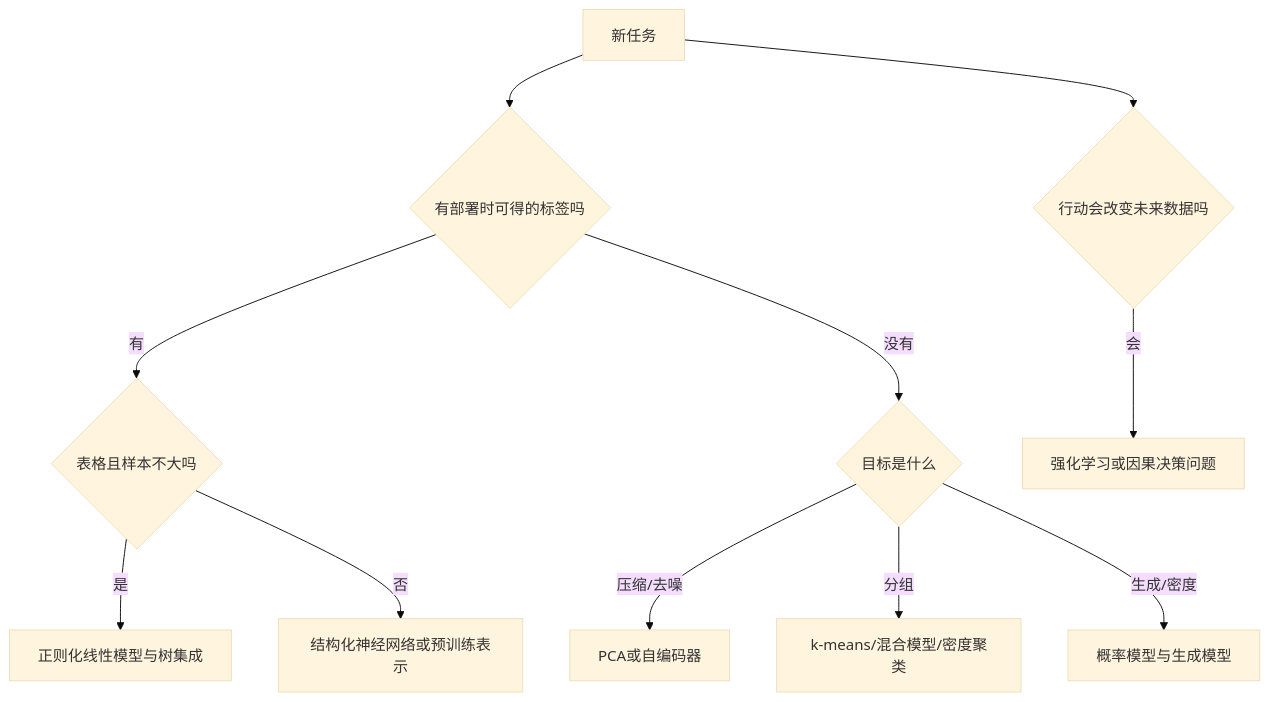
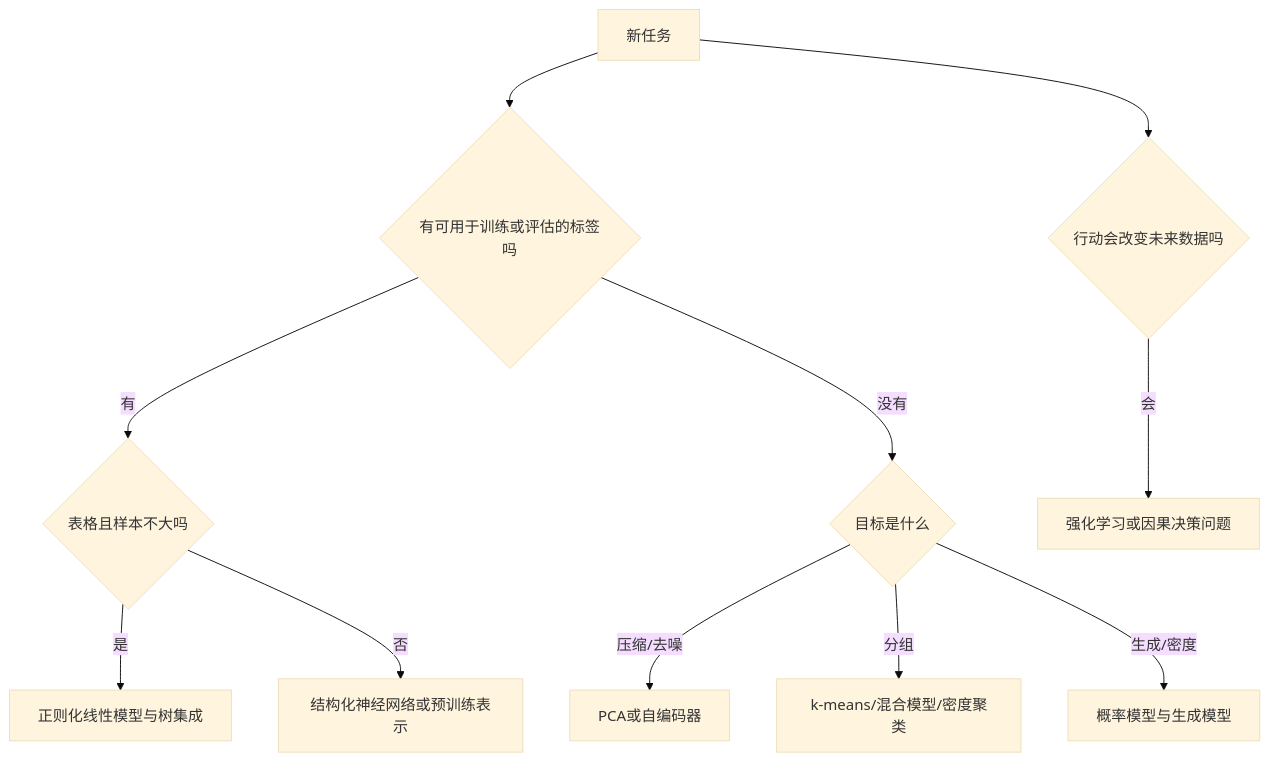
The diagram in AI/10-机器学习与深度学习基础/13-树集成核方法与无监督学习.md (EunsonZ/WWL), drawn with Mermaid (base theme) before and after one commit. The commit also changed other lines of this file and 17 other files, not shown here.

````diff
--- a/AI/10-机器学习与深度学习基础/13-树集成核方法与无监督学习.md
+++ b/AI/10-机器学习与深度学习基础/13-树集成核方法与无监督学习.md
@@ -71,13 +71,13 @@
 ```mermaid
 flowchart TD
-    A[新任务] --> B{有部署时可得的标签吗}
+    A[新任务] --> B{有可用于训练或评估的标签吗}
     B -->|有| C{表格且样本不大吗}
     C -->|是| D[正则化线性模型与树集成]
     C -->|否| E[结构化神经网络或预训练表示]
     B -->|没有| F{目标是什么}
     F -->|压缩/去噪| G[PCA或自编码器]
     F -->|分组| H[k-means/混合模型/密度聚类]
     F -->|生成/密度| I[概率模型与生成模型]
     A --> J{行动会改变未来数据吗}
     J -->|会| K[强化学习或因果决策问题]
 ```
````
